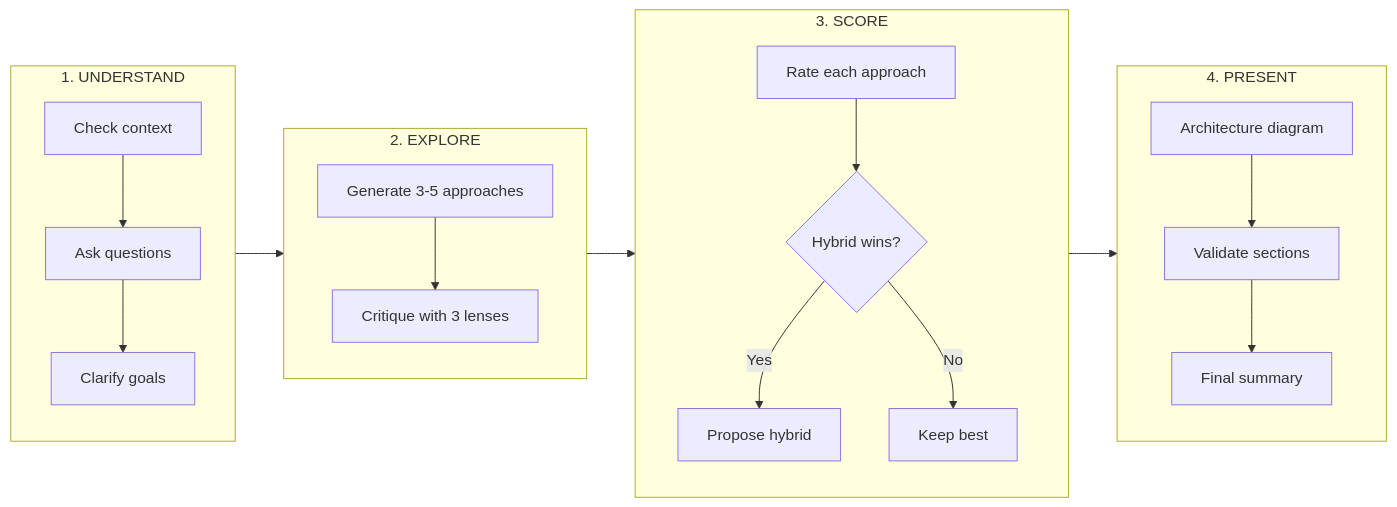
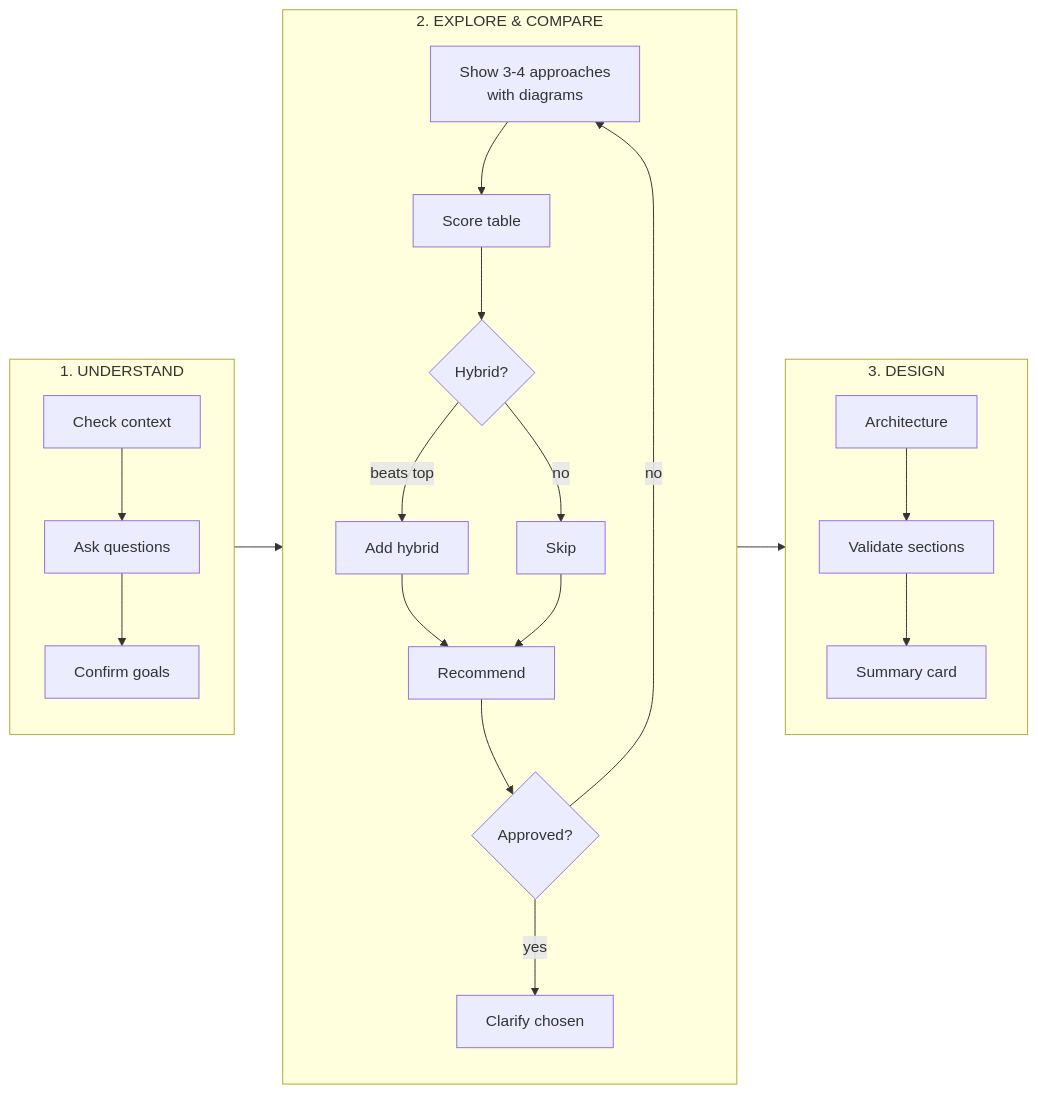
One commit to bytemines/sherpai changed the diagram in README.md. Above: the diagram before and after it, drawn with Mermaid. The commit also changed 3 other files, not shown here.

````diff
--- a/README.md
+++ b/README.md
@@ -9,22 +9,24 @@
 ```mermaid
 flowchart LR
     subgraph P1["1. UNDERSTAND"]
-        A1[Check context] --> A2[Ask questions] --> A3[Clarify goals]
+        A1[Check context] --> A2[Ask questions] --> A3[Confirm goals]
     end
 
-    subgraph P2["2. EXPLORE"]
-        B1[Generate 3-5 approaches] --> B2[Critique with 3 lenses]
+    subgraph P2["2. EXPLORE & COMPARE"]
+        B1[Show 3-4 approaches<br/>with diagrams] --> B2[Score table]
+        B2 --> B3{Hybrid?}
+        B3 -->|beats top| B4[Add hybrid]
+        B3 -->|no| B5[Skip]
+        B4 --> B6[Recommend]
+        B5 --> B6
+        B6 --> B7{Approved?}
+        B7 -->|no| B1
+        B7 -->|yes| B8[Clarify chosen]
     end
 
-    subgraph P3["3. SCORE"]
-        C1[Rate each approach] --> C2{Hybrid wins?}
-        C2 -->|Yes| C3[Propose hybrid]
-        C2 -->|No| C4[Keep best]
+    subgraph P3["3. DESIGN"]
+        C1[Architecture] --> C2[Validate sections] --> C3[Summary card]
     end
 
-    subgraph P4["4. PRESENT"]
-        D1[Architecture diagram] --> D2[Validate sections] --> D3[Final summary]
-    end
-
-    P1 --> P2 --> P3 --> P4
+    P1 --> P2 --> P3
 ```
````
